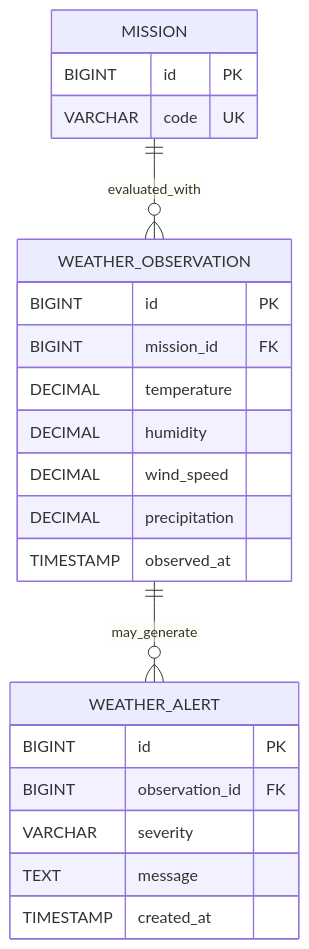
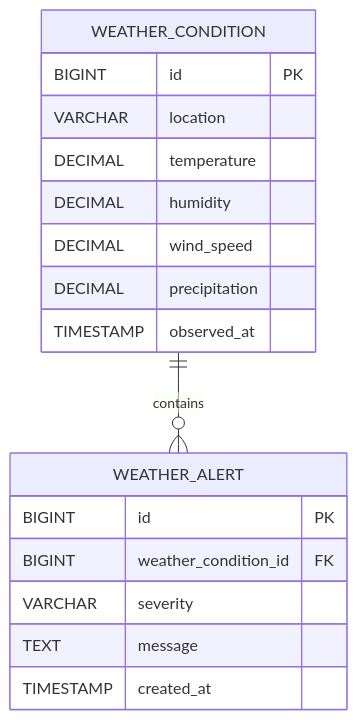
One commit to Ital0Dmc/Agridron-Report-readme-playground changed diagram 17 of 23 in README.md. Above: the diagram before and after it, drawn with Mermaid. The commit also changed other lines of this file, not shown here.

First line of the commit message:
docs: align database design with the corrected class diagrams

````diff
--- a/README.md
+++ b/README.md
@@ -2908,25 +2904,20 @@
 ```mermaid
 erDiagram
-    MISSION ||--o{ WEATHER_OBSERVATION : evaluated_with
-    WEATHER_OBSERVATION ||--o{ WEATHER_ALERT : may_generate
-    MISSION {
+    WEATHER_CONDITION ||--o{ WEATHER_ALERT : contains
+    WEATHER_CONDITION {
         BIGINT id PK
-        VARCHAR code UK
-    }
-    WEATHER_OBSERVATION {
-        BIGINT id PK
-        BIGINT mission_id FK
+        VARCHAR location
         DECIMAL temperature
         DECIMAL humidity
         DECIMAL wind_speed
         DECIMAL precipitation
         TIMESTAMP observed_at
     }
     WEATHER_ALERT {
         BIGINT id PK
-        BIGINT observation_id FK
+        BIGINT weather_condition_id FK
         VARCHAR severity
         TEXT message
         TIMESTAMP created_at
     }
 ```
````
